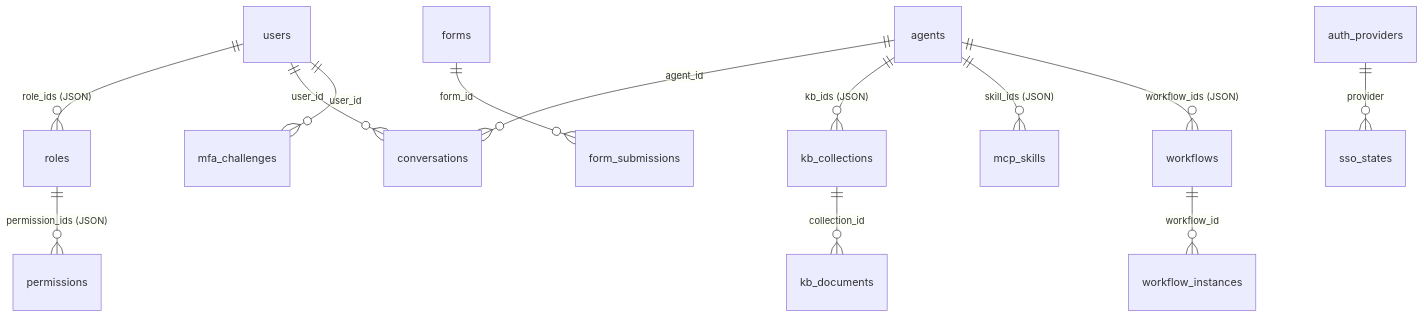
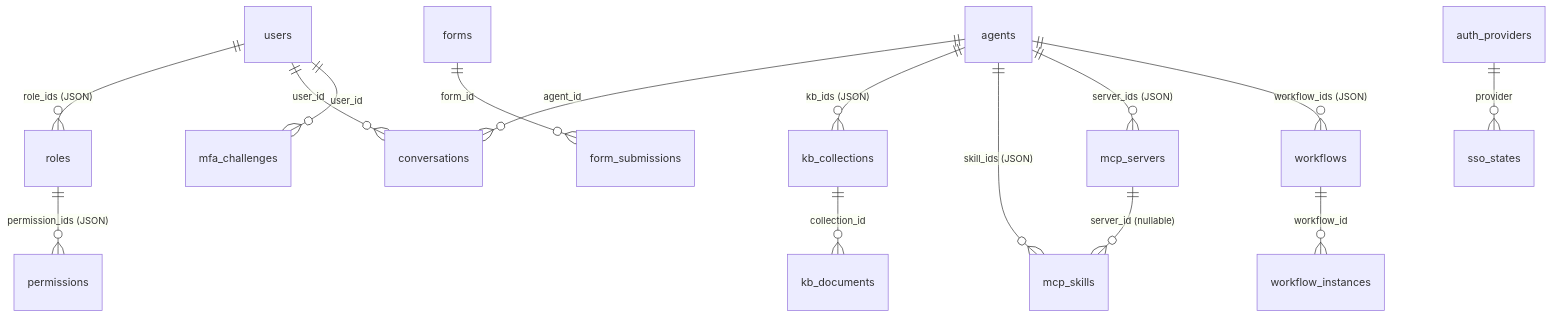
The diagram in docs/data-model.md (liudonghua123/ai-lowcode-platform), drawn with Mermaid before and after one commit. The commit also changed other lines of this file and 61 other files, not shown here.

Commit message:
feat(platform): split MCP servers and Skills, add AI model providers, knowledge upload and agent bindings

````diff
--- a/docs/data-model.md
+++ b/docs/data-model.md
@@ -32,15 +32,17 @@
 ```mermaid
 erDiagram
     users ||--o{ roles : "role_ids (JSON)"
     roles ||--o{ permissions : "permission_ids (JSON)"
     users ||--o{ conversations : "user_id"
     forms ||--o{ form_submissions : "form_id"
     workflows ||--o{ workflow_instances : "workflow_id"
     kb_collections ||--o{ kb_documents : "collection_id"
     agents ||--o{ conversations : "agent_id"
     agents ||--o{ kb_collections : "kb_ids (JSON)"
     agents ||--o{ mcp_skills : "skill_ids (JSON)"
+    agents ||--o{ mcp_servers : "server_ids (JSON)"
     agents ||--o{ workflows : "workflow_ids (JSON)"
+    mcp_servers ||--o{ mcp_skills : "server_id (nullable)"
     auth_providers ||--o{ sso_states : "provider"
     users ||--o{ mfa_challenges : "user_id"
 ```
````
